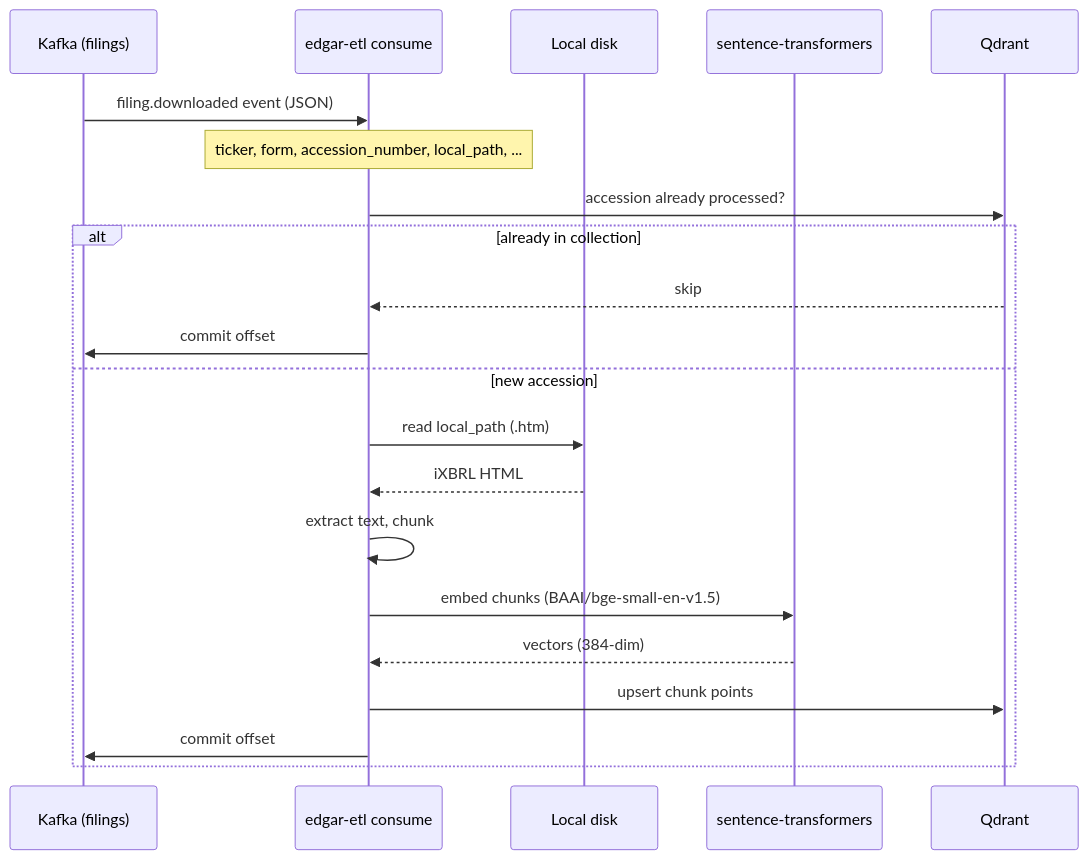
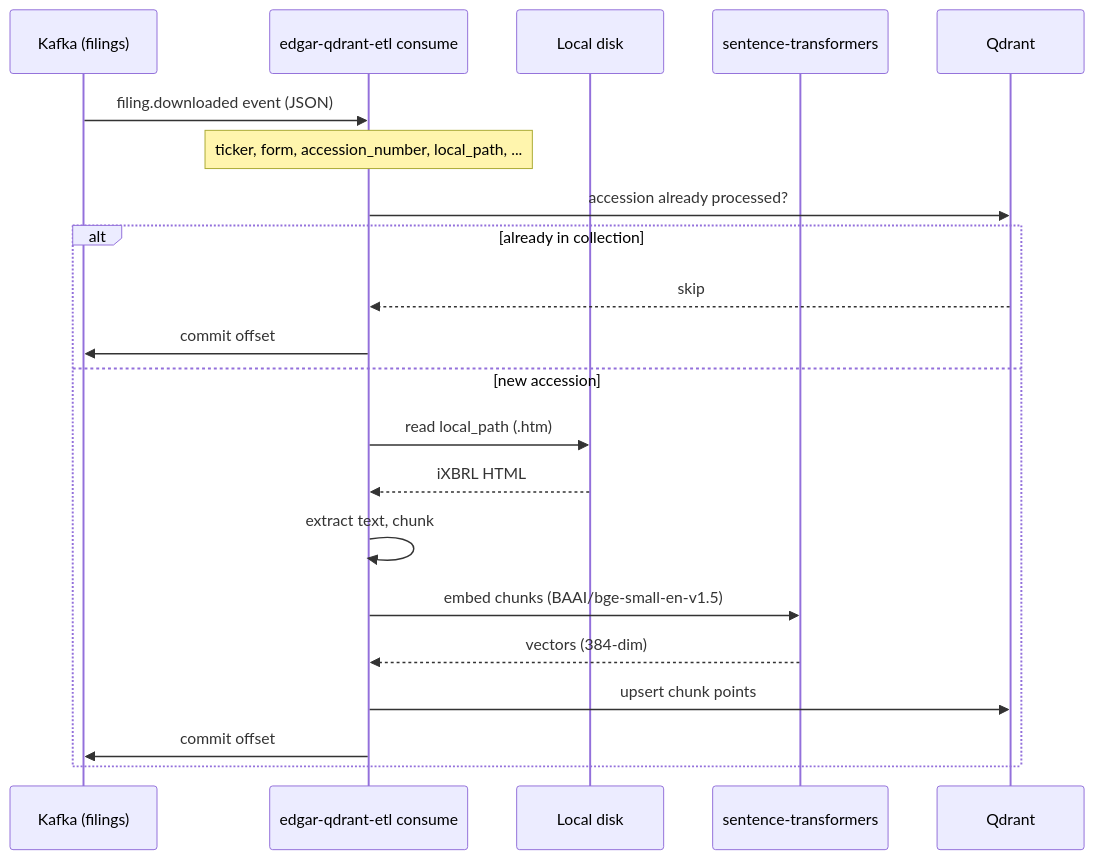
One commit to sanjuthomas/sec-edgar-filings-to-qdrant changed the first of 3 diagrams in README.md. Above: the diagram before and after it, drawn with Mermaid. The commit also changed other lines of this file and 9 other files, not shown here.

First line of the commit message:
Add semantic search UI and rename ETL service to edgar-qdrant-etl.

````diff
--- a/README.md
+++ b/README.md
@@ -48,25 +50,25 @@
 ```mermaid
 sequenceDiagram
     participant Kafka as Kafka (filings)
-    participant ETL as edgar-etl consume
+    participant ETL as edgar-qdrant-etl consume
     participant Disk as Local disk
     participant Model as sentence-transformers
     participant Qdrant as Qdrant
 
     Kafka->>ETL: filing.downloaded event (JSON)
     Note over ETL: ticker, form, accession_number, local_path, ...
 
     ETL->>Qdrant: accession already processed?
     alt already in collection
         Qdrant-->>ETL: skip
         ETL->>Kafka: commit offset
     else new accession
         ETL->>Disk: read local_path (.htm)
         Disk-->>ETL: iXBRL HTML
         ETL->>ETL: extract text, chunk
         ETL->>Model: embed chunks (BAAI/bge-small-en-v1.5)
         Model-->>ETL: vectors (384-dim)
         ETL->>Qdrant: upsert chunk points
         ETL->>Kafka: commit offset
     end
 ```
````
